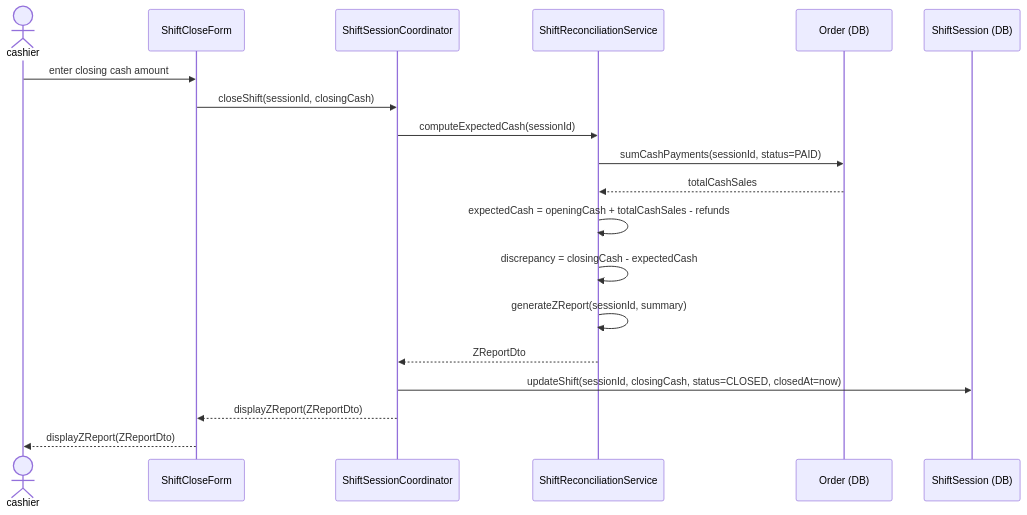
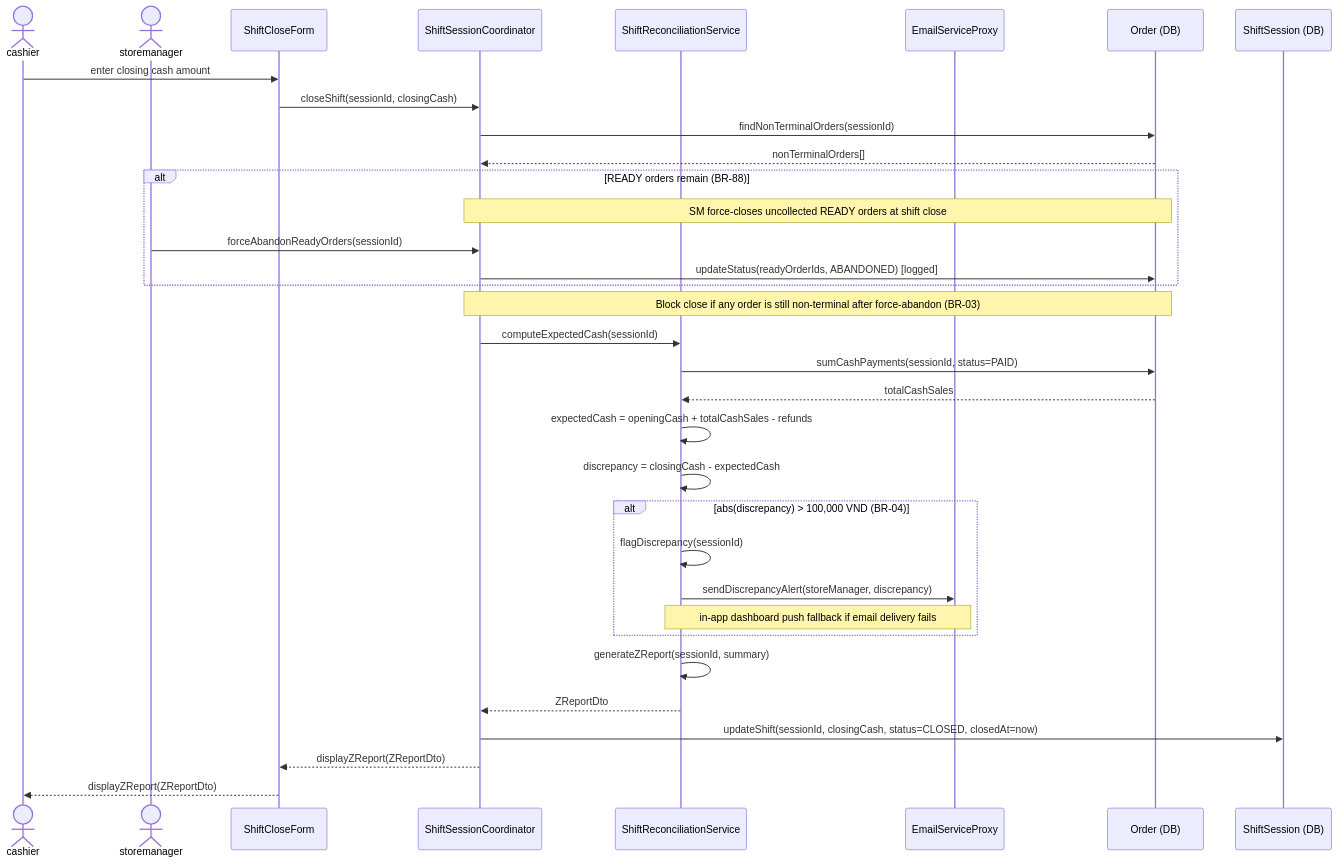
The fifth of 6 diagrams in docs/rds_sections/10_detailed_3_7_pos_transaction.md (Shaichi/khoga_cafe), drawn with Mermaid before and after one commit. The commit also changed other lines of this file and 22 other files, not shown here.

````diff
--- a/docs/rds_sections/10_detailed_3_7_pos_transaction.md
+++ b/docs/rds_sections/10_detailed_3_7_pos_transaction.md
@@ -244,22 +264,39 @@
 ```mermaid
 sequenceDiagram
     actor cashier
+    actor storemanager
     participant CloseForm as ShiftCloseForm
     participant ShiftCoord as ShiftSessionCoordinator
     participant ReconcileSvc as ShiftReconciliationService
+    participant EmailSvc as EmailServiceProxy
     participant OrderDB as Order (DB)
     participant ShiftDB as ShiftSession (DB)
 
     cashier->>CloseForm: enter closing cash amount
     CloseForm->>ShiftCoord: closeShift(sessionId, closingCash)
+
+    ShiftCoord->>OrderDB: findNonTerminalOrders(sessionId)
+    OrderDB-->>ShiftCoord: nonTerminalOrders[]
+    alt READY orders remain (BR-88)
+        Note over ShiftCoord, OrderDB: SM force-closes uncollected READY orders at shift close
+        storemanager->>ShiftCoord: forceAbandonReadyOrders(sessionId)
+        ShiftCoord->>OrderDB: updateStatus(readyOrderIds, ABANDONED) [logged]
+    end
+    Note over ShiftCoord, OrderDB: Block close if any order is still non-terminal after force-abandon (BR-03)
+
     ShiftCoord->>ReconcileSvc: computeExpectedCash(sessionId)
     ReconcileSvc->>OrderDB: sumCashPayments(sessionId, status=PAID)
     OrderDB-->>ReconcileSvc: totalCashSales
     ReconcileSvc->>ReconcileSvc: expectedCash = openingCash + totalCashSales - refunds
     ReconcileSvc->>ReconcileSvc: discrepancy = closingCash - expectedCash
+    alt abs(discrepancy) > 100,000 VND (BR-04)
+        ReconcileSvc->>ReconcileSvc: flagDiscrepancy(sessionId)
+        ReconcileSvc->>EmailSvc: sendDiscrepancyAlert(storeManager, discrepancy)
+        Note over ReconcileSvc, EmailSvc: in-app dashboard push fallback if email delivery fails
+    end
     ReconcileSvc->>ReconcileSvc: generateZReport(sessionId, summary)
     ReconcileSvc-->>ShiftCoord: ZReportDto
     ShiftCoord->>ShiftDB: updateShift(sessionId, closingCash, status=CLOSED, closedAt=now)
     ShiftCoord-->>CloseForm: displayZReport(ZReportDto)
     CloseForm-->>cashier: displayZReport(ZReportDto)
 ```
````
